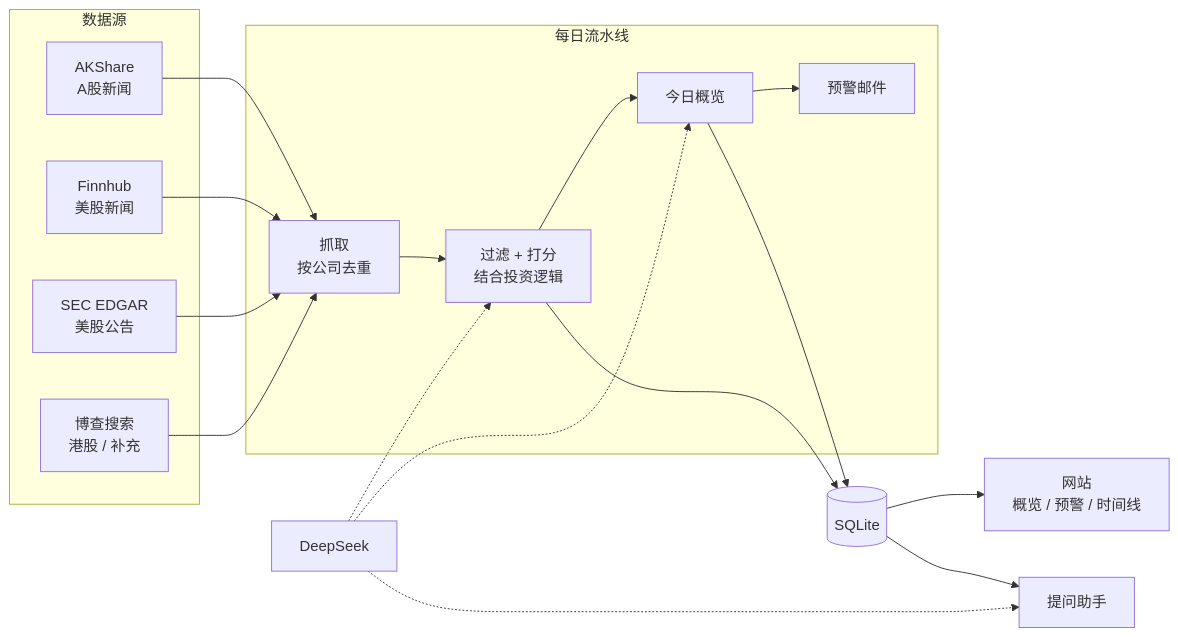
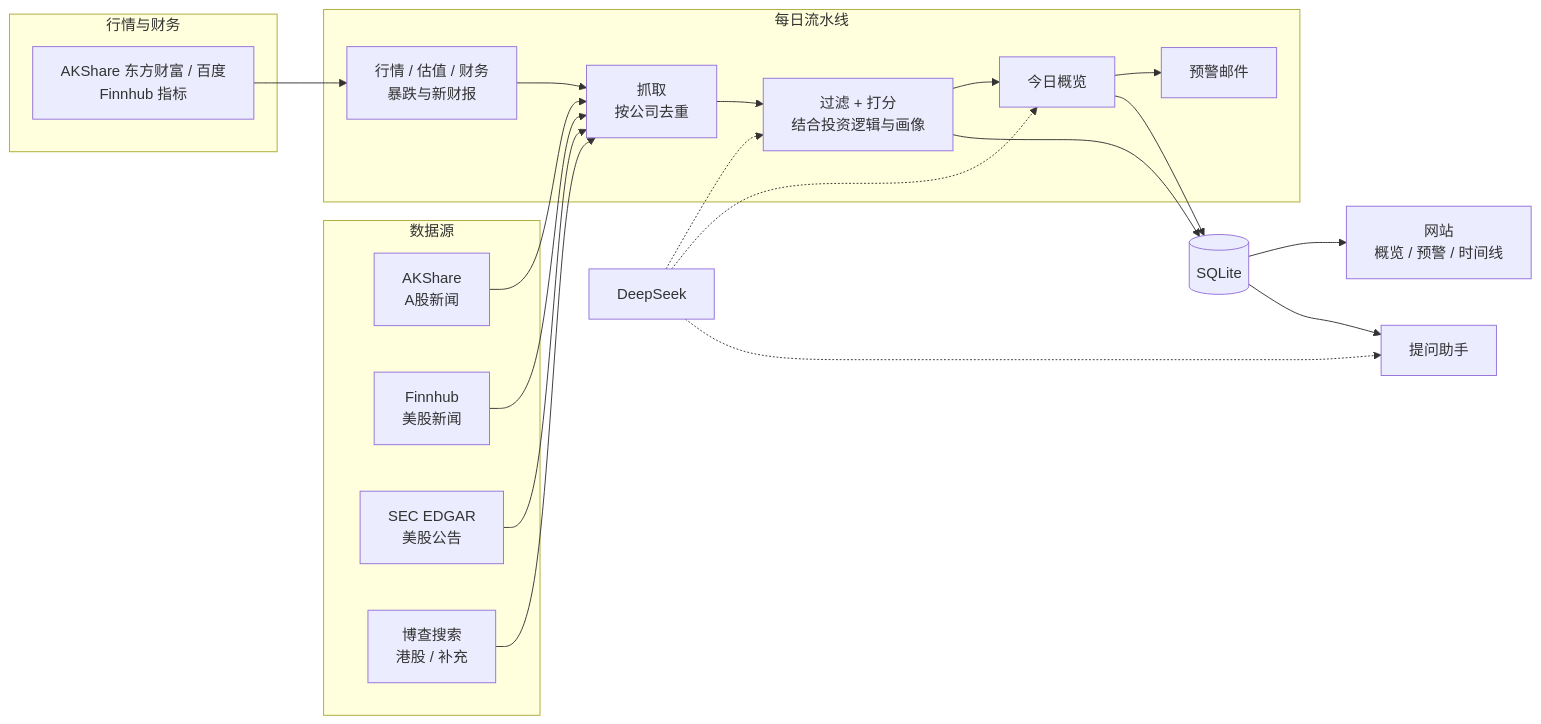
One commit to currycham/investwise changed the diagram in README.md. Above: the diagram before and after it, drawn with Mermaid. The commit also changed other lines of this file and 16 other files, not shown here.

````diff
--- a/README.md
+++ b/README.md
@@ -71,20 +85,25 @@
 ```mermaid
 flowchart LR
     subgraph 数据源
         AK[AKShare<br/>A股新闻]
         FH[Finnhub<br/>美股新闻]
         SEC[SEC EDGAR<br/>美股公告]
         BC[博查搜索<br/>港股 / 补充]
     end
+    subgraph 行情与财务
+        MK[AKShare 东方财富 / 百度<br/>Finnhub 指标]
+    end
     subgraph 每日流水线
-        F[抓取<br/>按公司去重] --> A[过滤 + 打分<br/>结合投资逻辑]
+        MD[行情 / 估值 / 财务<br/>暴跌与新财报] --> F
+        F[抓取<br/>按公司去重] --> A[过滤 + 打分<br/>结合投资逻辑与画像]
         A --> D[今日概览]
         D --> M[预警邮件]
     end
     AK & FH & SEC & BC --> F
+    MK --> MD
     A --> DB[(SQLite)]
     D --> DB
     DB --> W[网站<br/>概览 / 预警 / 时间线]
     DB --> Q[提问助手]
     LLM[DeepSeek] -.-> A & D & Q
 ```
````
